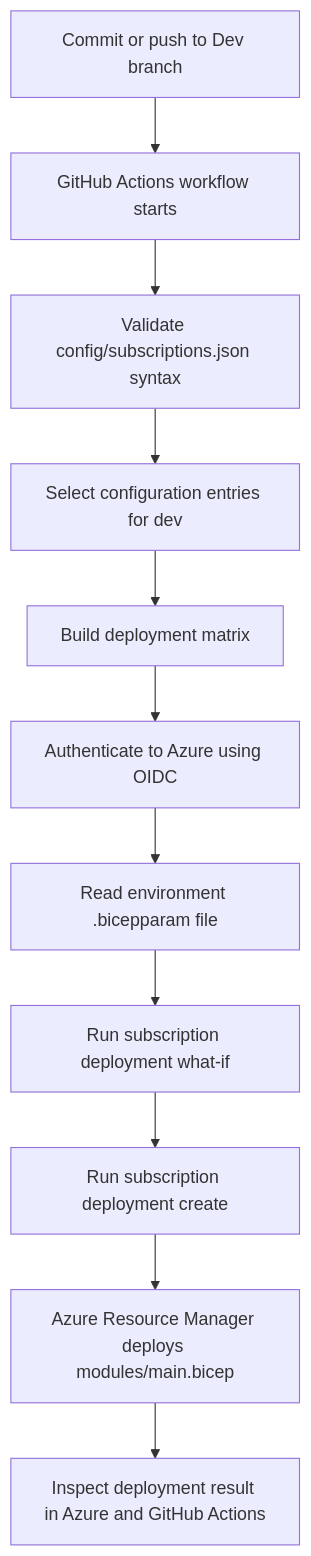
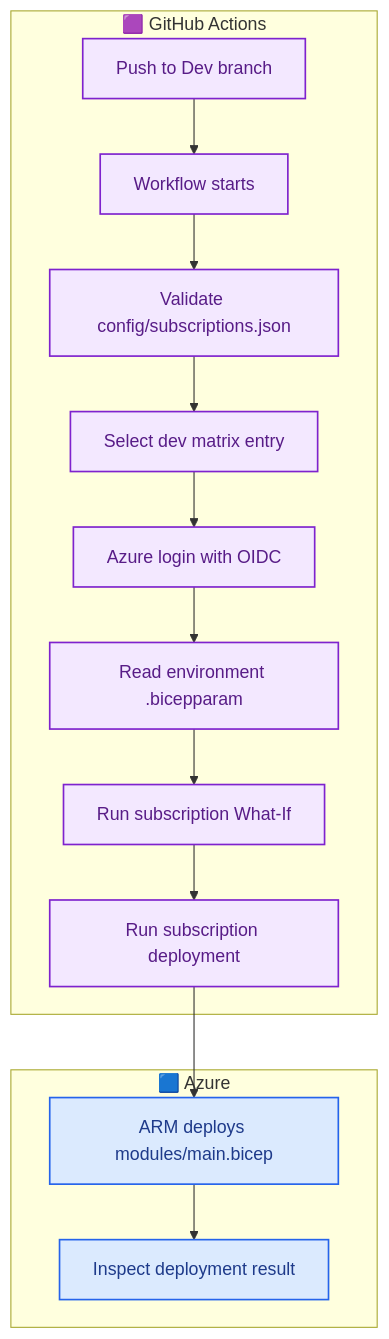
Before and after one commit to OLYMPUSPRIME/GPT-BIFROST: the first of 5 diagrams in README.md, drawn with Mermaid. The commit also changed other lines of this file, not shown here.

Commit message:
Redesign root README with colored Mermaid workflow diagrams

````diff
--- a/README.md
+++ b/README.md
@@ -41,13 +39,21 @@
 ```mermaid
 flowchart TD
-    A[Commit or push to Dev branch] --> B[GitHub Actions workflow starts]
-    B --> C[Validate config/subscriptions.json syntax]
-    C --> D[Select configuration entries for dev]
-    D --> E[Build deployment matrix]
-    E --> F[Authenticate to Azure using OIDC]
-    F --> G[Read environment .bicepparam file]
-    G --> H[Run subscription deployment what-if]
-    H --> I[Run subscription deployment create]
-    I --> J[Azure Resource Manager deploys modules/main.bicep]
-    J --> K[Inspect deployment result in Azure and GitHub Actions]
+  subgraph GitHub["🟪 GitHub Actions"]
+    A["Push to Dev branch"] --> B["Workflow starts"]
+    B --> C["Validate config/subscriptions.json"]
+    C --> D["Select dev matrix entry"]
+    D --> E["Azure login with OIDC"]
+    E --> F["Read environment .bicepparam"]
+    F --> G["Run subscription What-If"]
+    G --> H["Run subscription deployment"]
+  end
+  subgraph Azure["🟦 Azure"]
+    H --> I["ARM deploys modules/main.bicep"]
+    I --> J["Inspect deployment result"]
+  end
+  classDef github fill:#f3e8ff,stroke:#7e22ce,color:#581c87,stroke-width:1.5px;
+  classDef azure fill:#dbeafe,stroke:#2563eb,color:#1e3a8a,stroke-width:1.5px;
+  classDef action fill:#dcfce7,stroke:#16a34a,color:#14532d,stroke-width:1.5px;
+  class A,B,C,D,E,F,G,H github;
+  class I,J azure;
 ```
````
